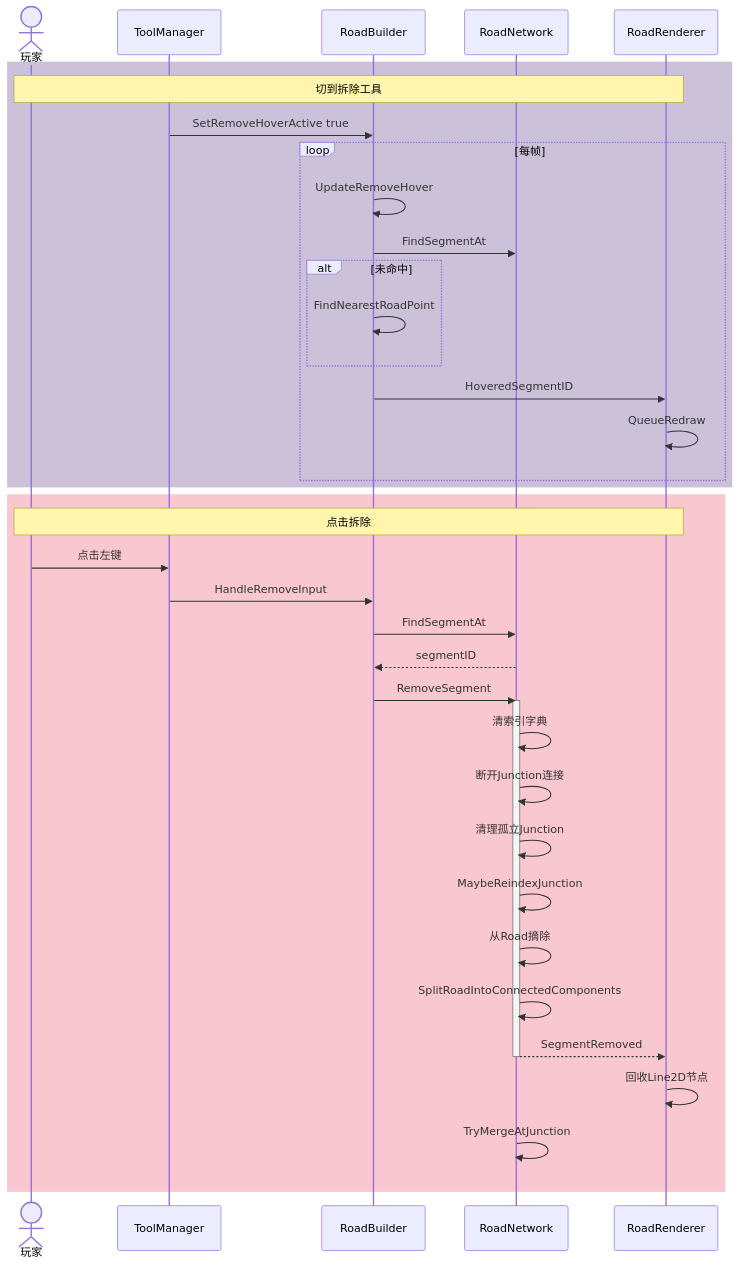
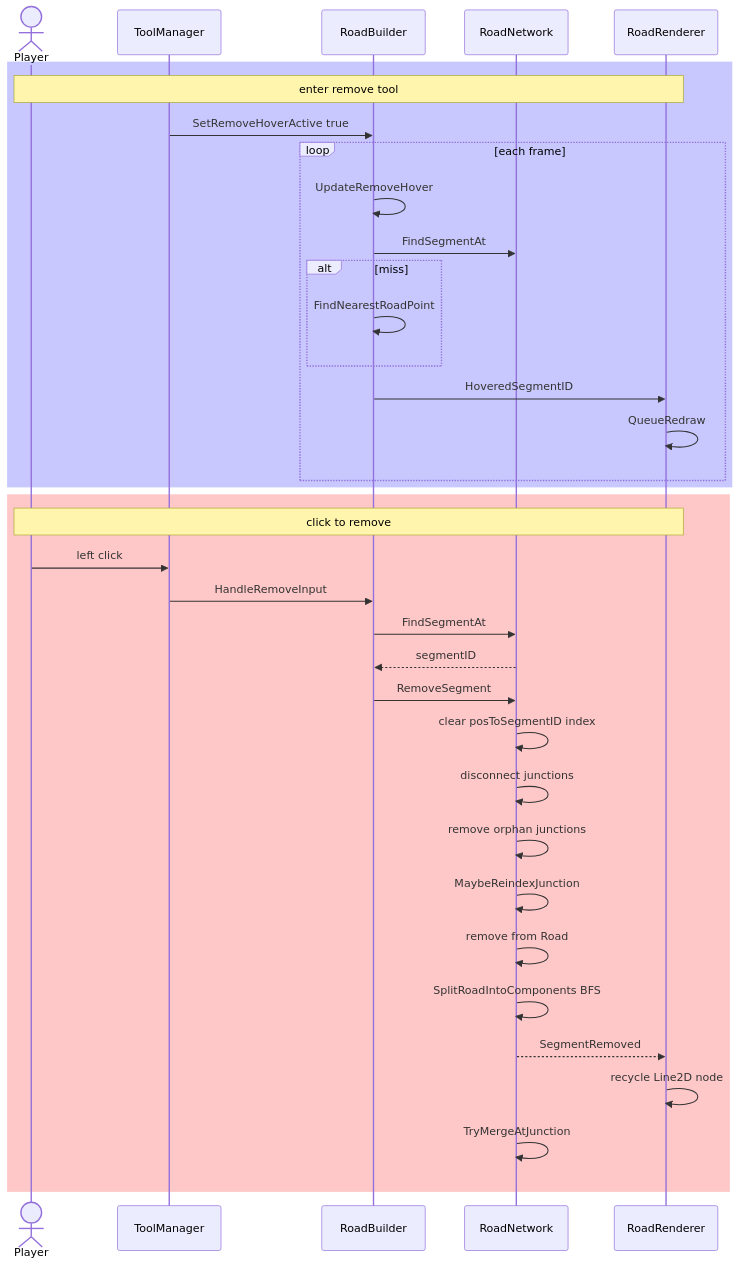
The third of 9 diagrams in docs/game-logic.md (xianfishyu/SimpleCities), drawn with Mermaid before and after one commit. The commit also changed other lines of this file, not shown here.

First line of the commit message:
#修复v2：图2/3/5全面改用纯ASCII+英语 Mermaid语法

````diff
--- a/docs/game-logic.md
+++ b/docs/game-logic.md
@@ -157,42 +155,40 @@
 ```mermaid
 sequenceDiagram
-    actor User as 玩家
+    actor User as Player
     participant TM as ToolManager
     participant RB as RoadBuilder
     participant RN as RoadNetwork
     participant RR as RoadRenderer
 
-    rect rgba(83, 52, 131, 0.3)
-        Note over User,RR: 切到拆除工具
+    rect rgb(200, 200, 255)
+        Note over User,RR: enter remove tool
         TM->>RB: SetRemoveHoverActive true
-        loop 每帧
+        loop each frame
             RB->>RB: UpdateRemoveHover
             RB->>RN: FindSegmentAt
-            alt 未命中
+            alt miss
                 RB->>RB: FindNearestRoadPoint
             end
             RB->>RR: HoveredSegmentID
             RR->>RR: QueueRedraw
         end
     end
 
-    rect rgba(233, 69, 96, 0.3)
-        Note over User,RR: 点击拆除
-        User->>TM: 点击左键
+    rect rgb(255, 200, 200)
+        Note over User,RR: click to remove
+        User->>TM: left click
         TM->>RB: HandleRemoveInput
         RB->>RN: FindSegmentAt
         RN-->>RB: segmentID
         RB->>RN: RemoveSegment
-        activate RN
-        RN->>RN: 清索引字典
-        RN->>RN: 断开Junction连接
-        RN->>RN: 清理孤立Junction
+        RN->>RN: clear posToSegmentID index
+        RN->>RN: disconnect junctions
+        RN->>RN: remove orphan junctions
         RN->>RN: MaybeReindexJunction
-        RN->>RN: 从Road摘除
-        RN->>RN: SplitRoadIntoConnectedComponents
+        RN->>RN: remove from Road
+        RN->>RN: SplitRoadIntoComponents BFS
         RN-->>RR: SegmentRemoved
-        deactivate RN
-        RR->>RR: 回收Line2D节点
+        RR->>RR: recycle Line2D node
         RN->>RN: TryMergeAtJunction
     end
 ```
````
